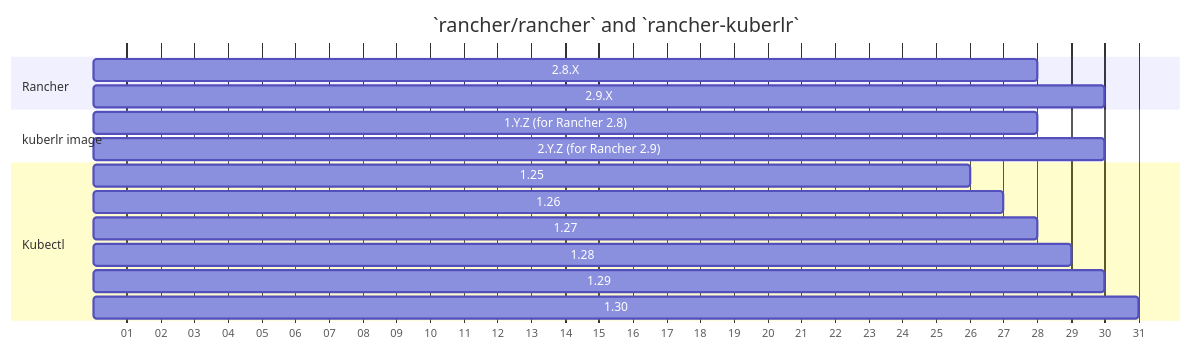
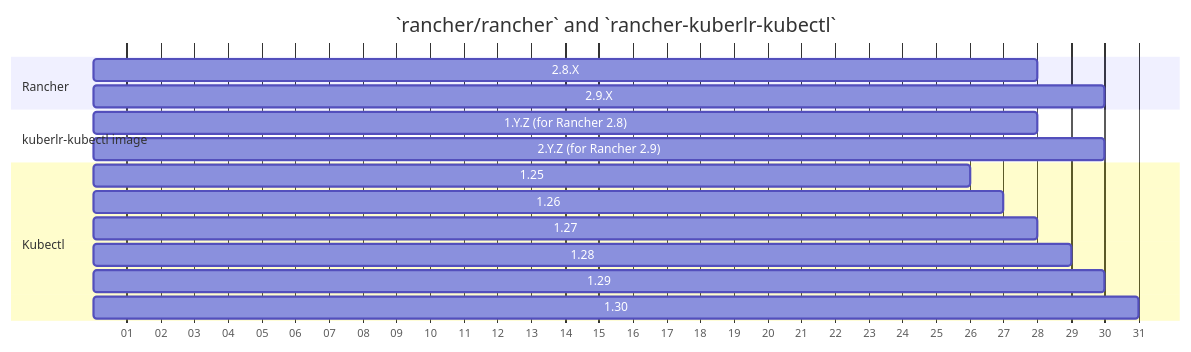
One commit to mallardduck/old-rancher-kuberlr-kubectl changed the diagram in README.md. Above: the diagram before and after it, drawn with Mermaid. The commit also changed other lines of this file and 4 other files, not shown here.

````diff
--- a/README.md
+++ b/README.md
@@ -37,22 +37,22 @@
 ```mermaid
 
 gantt
-    title `rancher/rancher` and `rancher-kuberlr`
-    todayMarker off
-    dateFormat X
-    axisFormat %S
-    tickInterval 1second
-    section Rancher
-        2.8.X           :25,28
-        2.9.X           :27,30
-    section kuberlr image
-        1.Y.Z (for Rancher 2.8)   :25,28
-        2.Y.Z (for Rancher 2.9)   :27,30
-    section Kubectl
-        1.25              :24,26
-        1.26              :25,27
-        1.27              :26,28
-        1.28              :27,29
-        1.29              :28,30
-        1.30              :29,31
+  title `rancher/rancher` and `rancher-kuberlr-kubectl`
+  todayMarker off
+  dateFormat X
+  axisFormat %S
+  tickInterval 1second
+  section Rancher
+    2.8.X           :25,28
+    2.9.X           :27,30
+  section kuberlr-kubectl image
+    1.Y.Z (for Rancher 2.8)   :25,28
+    2.Y.Z (for Rancher 2.9)   :27,30
+  section Kubectl
+    1.25              :24,26
+    1.26              :25,27
+    1.27              :26,28
+    1.28              :27,29
+    1.29              :28,30
+    1.30              :29,31
 ```
````
